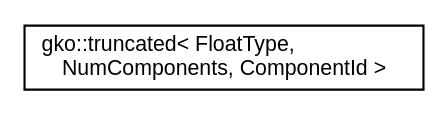
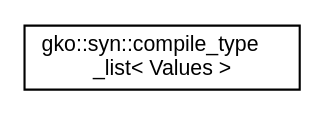
One commit to ginkgo-project/ginkgo changed the diagram in doc/develop/inherit_graph_84.dot. Above: the diagram before and after it, drawn with Graphviz. The commit also changed 79 other files, not shown here.

```diff
--- a/doc/develop/inherit_graph_84.dot
+++ b/doc/develop/inherit_graph_84.dot
@@ -1,8 +1,8 @@
 digraph "Graphical Class Hierarchy"
 {
  // INTERACTIVE_SVG=YES
   edge [fontname="Helvetica",fontsize="10",labelfontname="Helvetica",labelfontsize="10"];
   node [fontname="Helvetica",fontsize="10",shape=record];
   rankdir="LR";
-  Node1 [label="gko::truncated\< FloatType,\l NumComponents, ComponentId \>",height=0.2,width=0.4,color="black", fillcolor="white", style="filled",URL="$classgko_1_1truncated.html",tooltip="This template implements the truncated (or split) storage of a floating point type. "];
+  Node1 [label="gko::syn::compile_type\l_list\< Values \>",height=0.2,width=0.4,color="black", fillcolor="white", style="filled",URL="$structgko_1_1syn_1_1compile__type__list.html"];
 }
```
